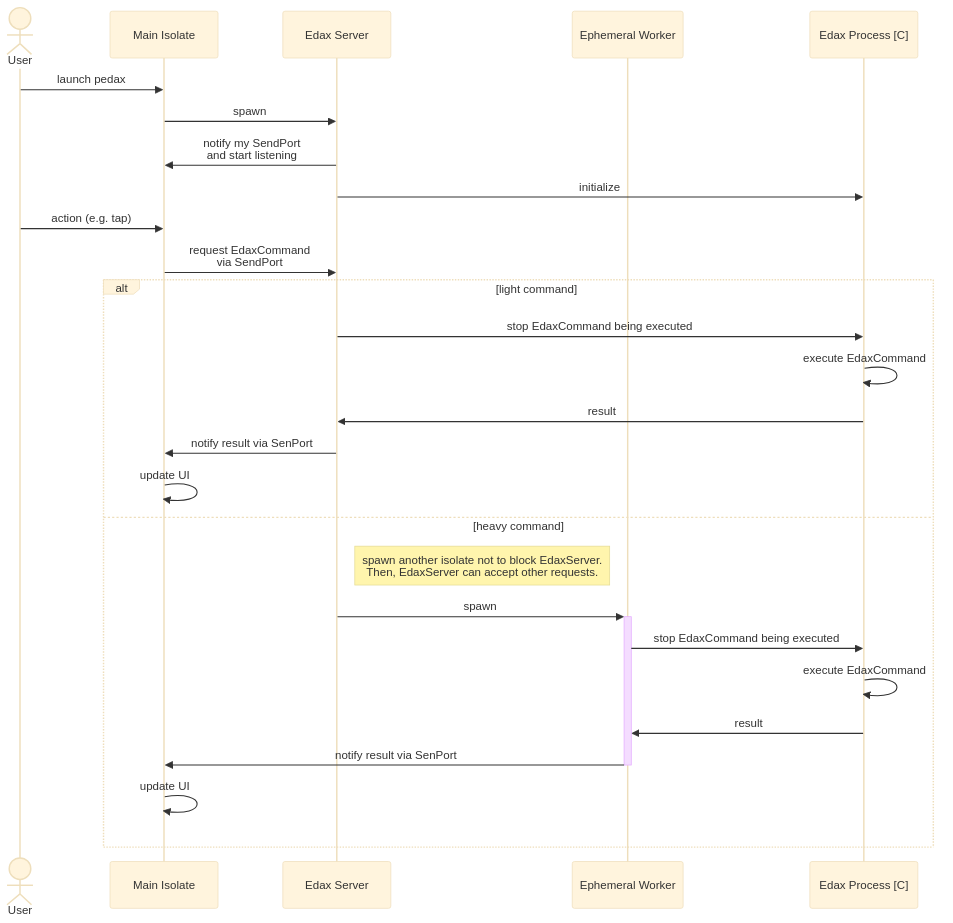
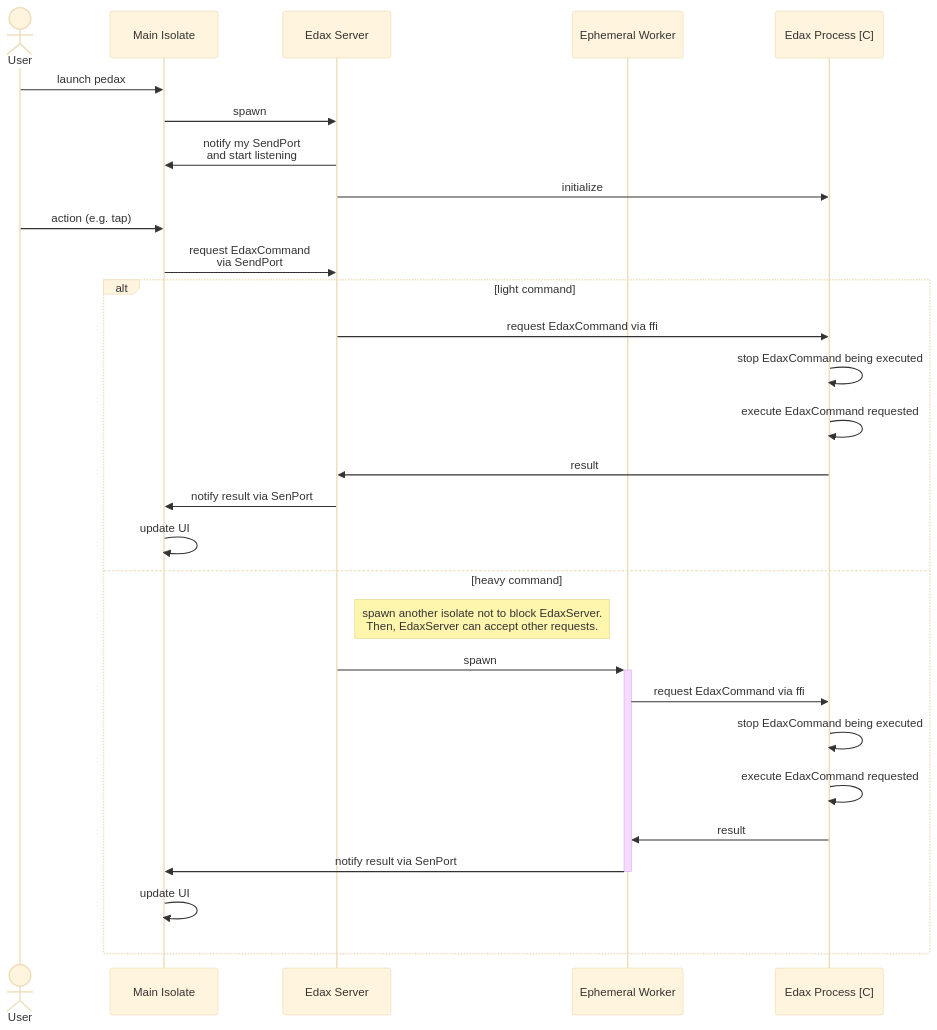
Before and after one commit to sensuikan1973/pedax: the diagram in README.md, drawn with Mermaid (base theme).

````diff
--- a/README.md
+++ b/README.md
@@ -50,39 +50,41 @@
 ```mermaid
 %% https://mermaid-js.github.io/mermaid/#/sequenceDiagram
 sequenceDiagram
   actor User
   participant MainIsolate as Main Isolate
   participant EdaxServer as Edax Server
   participant EphemeralWorker as Ephemeral Worker
   participant EdaxProcess as Edax Process [C]
 
   link EdaxServer: source @ https://github.com/sensuikan1973/pedax/tree/main/lib/engine
   link EdaxServer: caller @ https://github.com/sensuikan1973/pedax/blob/main/lib/models/board_notifier.dart
   link EphemeralWorker: source @ https://github.com/sensuikan1973/pedax/tree/main/lib/engine
   link EdaxProcess: binding source (Dart) @ https://github.com/sensuikan1973/libedax4dart
   link EdaxProcess: origin source(C) @ https://github.com/sensuikan1973/edax-reversi/tree/libedax_sensuikan1973
 
   User ->> MainIsolate: launch pedax
   MainIsolate ->> EdaxServer: spawn
   EdaxServer ->> MainIsolate: notify my SendPort<br/>and start listening
   EdaxServer ->> EdaxProcess: initialize
 
   User ->> MainIsolate: action (e.g. tap)
   MainIsolate ->> EdaxServer: request EdaxCommand<br/>via SendPort
 
   alt light command
-    EdaxServer ->> EdaxProcess: stop EdaxCommand being executed
-    EdaxProcess ->> EdaxProcess: execute EdaxCommand
+    EdaxServer ->> EdaxProcess: request EdaxCommand via ffi
+    EdaxProcess ->> EdaxProcess: stop EdaxCommand being executed
+    EdaxProcess ->> EdaxProcess: execute EdaxCommand requested
     EdaxProcess ->> EdaxServer: result
     EdaxServer ->> MainIsolate: notify result via SenPort
     MainIsolate ->> MainIsolate: update UI
   else heavy command
     note right of EdaxServer: spawn another isolate not to block EdaxServer.<br>Then, EdaxServer can accept other requests.
     EdaxServer ->>+ EphemeralWorker: spawn
-    EphemeralWorker ->> EdaxProcess: stop EdaxCommand being executed
-    EdaxProcess ->> EdaxProcess: execute EdaxCommand
+    EphemeralWorker ->> EdaxProcess: request EdaxCommand via ffi
+    EdaxProcess ->> EdaxProcess: stop EdaxCommand being executed
+    EdaxProcess ->> EdaxProcess: execute EdaxCommand requested
     EdaxProcess ->> EphemeralWorker: result
     EphemeralWorker ->>- MainIsolate: notify result via SenPort
     MainIsolate ->> MainIsolate: update UI
   end
 ```
````
